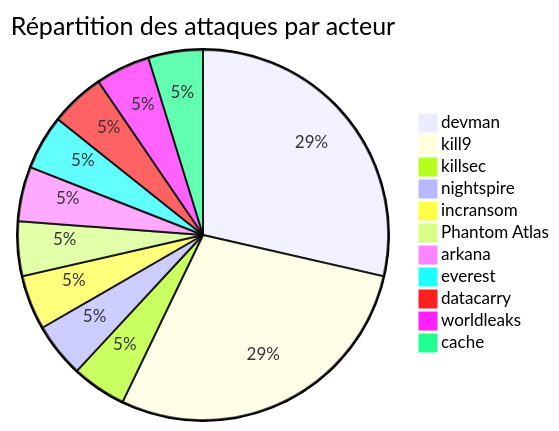
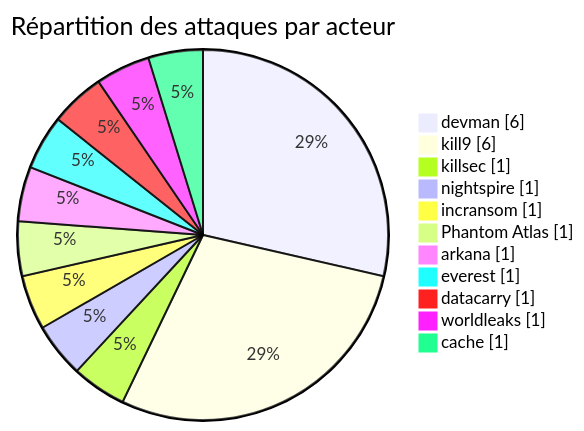
Before and after one commit to Hatchepsoute/AFRINTEL: the first of 5 diagrams in CyberAttackAfrica/2025/05-may/README_FR.md, drawn with Mermaid. The commit also changed other lines of this file and 182 other files, not shown here.

````diff
--- a/CyberAttackAfrica/2025/05-may/README_FR.md
+++ b/CyberAttackAfrica/2025/05-may/README_FR.md
@@ -34,14 +37,15 @@
 ```mermaid
-pie title Répartition des attaques par acteur
+pie showData
+    title Répartition des attaques par acteur
     "devman" : 6
     "kill9" : 6
     "killsec" : 1
     "nightspire" : 1
     "incransom" : 1
     "Phantom Atlas" : 1
     "arkana" : 1
     "everest" : 1
     "datacarry" : 1
     "worldleaks" : 1
     "cache" : 1
 ```
````
